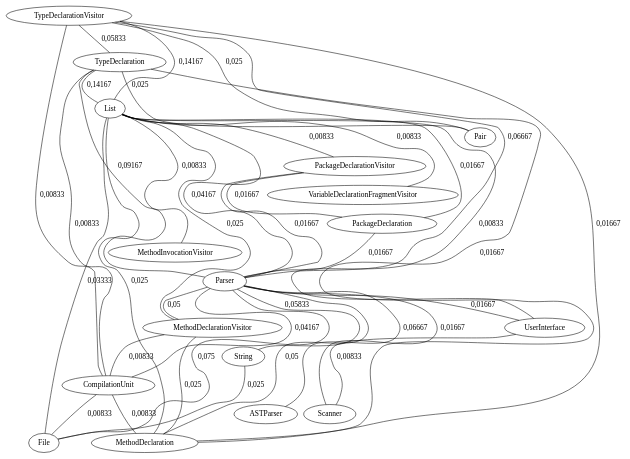
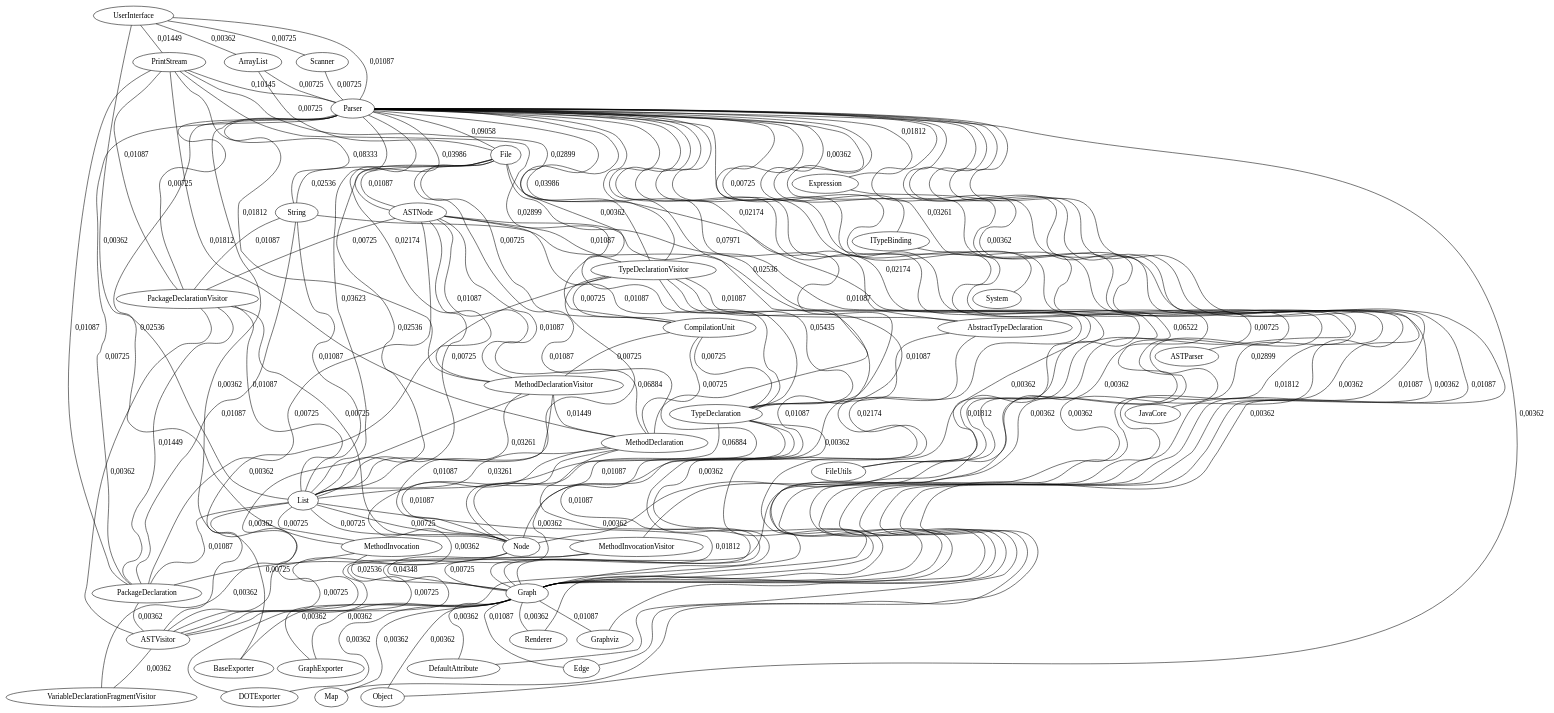
Before and after one commit to gaetanrm/M2: the diagram in HAI913I - Évolution et restructuration des logiciels/TD_TP/tp2/target/couplingGraph.dot, drawn with Graphviz. The commit also changed 17 other files, not shown here.

```diff
--- a/HAI913I - Évolution et restructuration des logiciels/TD_TP/tp2/target/couplingGraph.dot
+++ b/HAI913I - Évolution et restructuration des logiciels/TD_TP/tp2/target/couplingGraph.dot
@@ -1,56 +1,158 @@
 strict graph G {
-  1 [ label="TypeDeclarationVisitor" ];
-  2 [ label="TypeDeclaration" ];
-  3 [ label="List" ];
-  4 [ label="Parser" ];
-  5 [ label="CompilationUnit" ];
-  6 [ label="Pair" ];
-  7 [ label="MethodDeclaration" ];
-  8 [ label="PackageDeclarationVisitor" ];
-  9 [ label="PackageDeclaration" ];
-  10 [ label="MethodDeclarationVisitor" ];
-  11 [ label="UserInterface" ];
-  12 [ label="VariableDeclarationFragmentVisitor" ];
+  1 [ label="UserInterface" ];
+  2 [ label="PrintStream" ];
+  3 [ label="Scanner" ];
+  4 [ label="ArrayList" ];
+  5 [ label="Parser" ];
+  6 [ label="List" ];
+  7 [ label="TypeDeclarationVisitor" ];
+  8 [ label="MethodDeclarationVisitor" ];
+  9 [ label="PackageDeclarationVisitor" ];
+  10 [ label="TypeDeclaration" ];
+  11 [ label="MethodDeclaration" ];
+  12 [ label="PackageDeclaration" ];
   13 [ label="File" ];
-  14 [ label="MethodInvocationVisitor" ];
-  15 [ label="ASTParser" ];
-  16 [ label="Scanner" ];
-  17 [ label="String" ];
-  1 -- 2 [ weight="0.058333333333333334" label="0,05833" ];
-  1 -- 3 [ weight="0.14166666666666666" label="0,14167" ];
-  1 -- 4 [ weight="0.06666666666666667" label="0,06667" ];
-  1 -- 5 [ weight="0.008333333333333333" label="0,00833" ];
-  1 -- 6 [ weight="0.025" label="0,025" ];
-  1 -- 7 [ weight="0.016666666666666666" label="0,01667" ];
-  2 -- 3 [ weight="0.14166666666666666" label="0,14167" ];
-  2 -- 4 [ weight="0.09166666666666666" label="0,09167" ];
-  2 -- 5 [ weight="0.008333333333333333" label="0,00833" ];
-  2 -- 6 [ weight="0.025" label="0,025" ];
-  2 -- 7 [ weight="0.016666666666666666" label="0,01667" ];
-  3 -- 8 [ weight="0.008333333333333333" label="0,00833" ];
-  3 -- 9 [ weight="0.016666666666666666" label="0,01667" ];
-  3 -- 4 [ weight="0.041666666666666664" label="0,04167" ];
-  3 -- 10 [ weight="0.025" label="0,025" ];
-  3 -- 11 [ weight="0.008333333333333333" label="0,00833" ];
-  3 -- 7 [ weight="0.025" label="0,025" ];
-  3 -- 12 [ weight="0.008333333333333333" label="0,00833" ];
-  3 -- 13 [ weight="0.03333333333333333" label="0,03333" ];
-  3 -- 14 [ weight="0.008333333333333333" label="0,00833" ];
-  8 -- 9 [ weight="0.016666666666666666" label="0,01667" ];
-  8 -- 4 [ weight="0.016666666666666666" label="0,01667" ];
-  9 -- 4 [ weight="0.016666666666666666" label="0,01667" ];
-  4 -- 15 [ weight="0.06666666666666667" label="0,06667" ];
-  4 -- 10 [ weight="0.05" label="0,05" ];
-  4 -- 5 [ weight="0.041666666666666664" label="0,04167" ];
-  4 -- 11 [ weight="0.016666666666666666" label="0,01667" ];
-  4 -- 16 [ weight="0.016666666666666666" label="0,01667" ];
-  4 -- 7 [ weight="0.05" label="0,05" ];
-  4 -- 17 [ weight="0.058333333333333334" label="0,05833" ];
-  4 -- 13 [ weight="0.075" label="0,075" ];
-  10 -- 5 [ weight="0.008333333333333333" label="0,00833" ];
-  10 -- 7 [ weight="0.025" label="0,025" ];
-  5 -- 7 [ weight="0.008333333333333333" label="0,00833" ];
-  5 -- 13 [ weight="0.008333333333333333" label="0,00833" ];
-  11 -- 16 [ weight="0.008333333333333333" label="0,00833" ];
-  17 -- 13 [ weight="0.025" label="0,025" ];
+  14 [ label="String" ];
+  15 [ label="System" ];
+  16 [ label="ASTNode" ];
+  17 [ label="FileUtils" ];
+  18 [ label="CompilationUnit" ];
+  19 [ label="AbstractTypeDeclaration" ];
+  20 [ label="MethodInvocationVisitor" ];
+  21 [ label="MethodInvocation" ];
+  22 [ label="Expression" ];
+  23 [ label="ITypeBinding" ];
+  24 [ label="Node" ];
+  25 [ label="Graph" ];
+  26 [ label="Edge" ];
+  27 [ label="BaseExporter" ];
+  28 [ label="Map" ];
+  29 [ label="DefaultAttribute" ];
+  30 [ label="DOTExporter" ];
+  31 [ label="GraphExporter" ];
+  32 [ label="Object" ];
+  33 [ label="Renderer" ];
+  34 [ label="Graphviz" ];
+  35 [ label="ASTParser" ];
+  36 [ label="JavaCore" ];
+  37 [ label="ASTVisitor" ];
+  38 [ label="VariableDeclarationFragmentVisitor" ];
+  1 -- 2 [ weight="0.014492753623188406" label="0,01449" ];
+  1 -- 3 [ weight="0.007246376811594203" label="0,00725" ];
+  1 -- 4 [ weight="0.0036231884057971015" label="0,00362" ];
+  1 -- 5 [ weight="0.010869565217391304" label="0,01087" ];
+  1 -- 6 [ weight="0.0036231884057971015" label="0,00362" ];
+  2 -- 5 [ weight="0.10144927536231885" label="0,10145" ];
+  2 -- 7 [ weight="0.028985507246376812" label="0,02899" ];
+  2 -- 8 [ weight="0.018115942028985508" label="0,01812" ];
+  2 -- 9 [ weight="0.010869565217391304" label="0,01087" ];
+  2 -- 10 [ weight="0.028985507246376812" label="0,02899" ];
+  2 -- 11 [ weight="0.018115942028985508" label="0,01812" ];
+  2 -- 12 [ weight="0.010869565217391304" label="0,01087" ];
+  3 -- 5 [ weight="0.007246376811594203" label="0,00725" ];
+  4 -- 5 [ weight="0.007246376811594203" label="0,00725" ];
+  4 -- 13 [ weight="0.007246376811594203" label="0,00725" ];
+  5 -- 13 [ weight="0.09057971014492754" label="0,09058" ];
+  5 -- 14 [ weight="0.08333333333333333" label="0,08333" ];
+  5 -- 15 [ weight="0.007246376811594203" label="0,00725" ];
+  5 -- 16 [ weight="0.03985507246376811" label="0,03986" ];
+  5 -- 17 [ weight="0.021739130434782608" label="0,02174" ];
+  5 -- 7 [ weight="0.03985507246376811" label="0,03986" ];
+  5 -- 18 [ weight="0.0036231884057971015" label="0,00362" ];
+  5 -- 8 [ weight="0.021739130434782608" label="0,02174" ];
+  5 -- 9 [ weight="0.007246376811594203" label="0,00725" ];
+  5 -- 19 [ weight="0.021739130434782608" label="0,02174" ];
+  5 -- 10 [ weight="0.07971014492753623" label="0,07971" ];
+  5 -- 11 [ weight="0.025362318840579712" label="0,02536" ];
+  5 -- 6 [ weight="0.036231884057971016" label="0,03623" ];
+  5 -- 20 [ weight="0.007246376811594203" label="0,00725" ];
+  5 -- 21 [ weight="0.025362318840579712" label="0,02536" ];
+  5 -- 22 [ weight="0.018115942028985508" label="0,01812" ];
+  5 -- 23 [ weight="0.0036231884057971015" label="0,00362" ];
+  5 -- 24 [ weight="0.06521739130434782" label="0,06522" ];
+  5 -- 25 [ weight="0.028985507246376812" label="0,02899" ];
+  5 -- 26 [ weight="0.010869565217391304" label="0,01087" ];
+  5 -- 27 [ weight="0.0036231884057971015" label="0,00362" ];
+  5 -- 28 [ weight="0.0036231884057971015" label="0,00362" ];
+  5 -- 29 [ weight="0.0036231884057971015" label="0,00362" ];
+  5 -- 30 [ weight="0.0036231884057971015" label="0,00362" ];
+  5 -- 31 [ weight="0.0036231884057971015" label="0,00362" ];
+  5 -- 32 [ weight="0.0036231884057971015" label="0,00362" ];
+  5 -- 33 [ weight="0.0036231884057971015" label="0,00362" ];
+  5 -- 34 [ weight="0.010869565217391304" label="0,01087" ];
+  5 -- 35 [ weight="0.03260869565217391" label="0,03261" ];
+  5 -- 36 [ weight="0.0036231884057971015" label="0,00362" ];
+  5 -- 12 [ weight="0.007246376811594203" label="0,00725" ];
+  13 -- 14 [ weight="0.025362318840579712" label="0,02536" ];
+  13 -- 16 [ weight="0.010869565217391304" label="0,01087" ];
+  13 -- 17 [ weight="0.010869565217391304" label="0,01087" ];
+  13 -- 18 [ weight="0.007246376811594203" label="0,00725" ];
+  13 -- 6 [ weight="0.025362318840579712" label="0,02536" ];
+  13 -- 24 [ weight="0.010869565217391304" label="0,01087" ];
+  13 -- 25 [ weight="0.0036231884057971015" label="0,00362" ];
+  14 -- 9 [ weight="0.010869565217391304" label="0,01087" ];
+  14 -- 6 [ weight="0.010869565217391304" label="0,01087" ];
+  14 -- 25 [ weight="0.021739130434782608" label="0,02174" ];
+  14 -- 12 [ weight="0.010869565217391304" label="0,01087" ];
+  16 -- 7 [ weight="0.010869565217391304" label="0,01087" ];
+  16 -- 8 [ weight="0.010869565217391304" label="0,01087" ];
+  16 -- 9 [ weight="0.007246376811594203" label="0,00725" ];
+  16 -- 10 [ weight="0.010869565217391304" label="0,01087" ];
+  16 -- 11 [ weight="0.010869565217391304" label="0,01087" ];
+  16 -- 6 [ weight="0.007246376811594203" label="0,00725" ];
+  16 -- 25 [ weight="0.018115942028985508" label="0,01812" ];
+  16 -- 12 [ weight="0.007246376811594203" label="0,00725" ];
+  7 -- 18 [ weight="0.007246376811594203" label="0,00725" ];
+  7 -- 19 [ weight="0.010869565217391304" label="0,01087" ];
+  7 -- 10 [ weight="0.05434782608695652" label="0,05435" ];
+  7 -- 6 [ weight="0.06884057971014493" label="0,06884" ];
+  7 -- 24 [ weight="0.010869565217391304" label="0,01087" ];
+  7 -- 25 [ weight="0.0036231884057971015" label="0,00362" ];
+  7 -- 37 [ weight="0.0036231884057971015" label="0,00362" ];
+  18 -- 8 [ weight="0.007246376811594203" label="0,00725" ];
+  18 -- 10 [ weight="0.007246376811594203" label="0,00725" ];
+  18 -- 11 [ weight="0.007246376811594203" label="0,00725" ];
+  8 -- 11 [ weight="0.014492753623188406" label="0,01449" ];
+  8 -- 6 [ weight="0.03260869565217391" label="0,03261" ];
+  8 -- 24 [ weight="0.010869565217391304" label="0,01087" ];
+  8 -- 37 [ weight="0.0036231884057971015" label="0,00362" ];
+  9 -- 6 [ weight="0.010869565217391304" label="0,01087" ];
+  9 -- 24 [ weight="0.007246376811594203" label="0,00725" ];
+  9 -- 12 [ weight="0.014492753623188406" label="0,01449" ];
+  9 -- 37 [ weight="0.0036231884057971015" label="0,00362" ];
+  19 -- 10 [ weight="0.010869565217391304" label="0,01087" ];
+  19 -- 25 [ weight="0.0036231884057971015" label="0,00362" ];
+  10 -- 6 [ weight="0.06884057971014493" label="0,06884" ];
+  10 -- 24 [ weight="0.010869565217391304" label="0,01087" ];
+  10 -- 25 [ weight="0.010869565217391304" label="0,01087" ];
+  10 -- 37 [ weight="0.0036231884057971015" label="0,00362" ];
+  11 -- 6 [ weight="0.03260869565217391" label="0,03261" ];
+  11 -- 24 [ weight="0.010869565217391304" label="0,01087" ];
+  11 -- 25 [ weight="0.0036231884057971015" label="0,00362" ];
+  11 -- 37 [ weight="0.0036231884057971015" label="0,00362" ];
+  6 -- 20 [ weight="0.007246376811594203" label="0,00725" ];
+  6 -- 21 [ weight="0.007246376811594203" label="0,00725" ];
+  6 -- 24 [ weight="0.007246376811594203" label="0,00725" ];
+  6 -- 25 [ weight="0.018115942028985508" label="0,01812" ];
+  6 -- 12 [ weight="0.010869565217391304" label="0,01087" ];
+  6 -- 38 [ weight="0.0036231884057971015" label="0,00362" ];
+  20 -- 25 [ weight="0.007246376811594203" label="0,00725" ];
+  20 -- 37 [ weight="0.007246376811594203" label="0,00725" ];
+  21 -- 25 [ weight="0.025362318840579712" label="0,02536" ];
+  21 -- 37 [ weight="0.007246376811594203" label="0,00725" ];
+  22 -- 25 [ weight="0.018115942028985508" label="0,01812" ];
+  23 -- 25 [ weight="0.0036231884057971015" label="0,00362" ];
+  24 -- 25 [ weight="0.043478260869565216" label="0,04348" ];
+  24 -- 12 [ weight="0.007246376811594203" label="0,00725" ];
+  25 -- 26 [ weight="0.010869565217391304" label="0,01087" ];
+  25 -- 27 [ weight="0.0036231884057971015" label="0,00362" ];
+  25 -- 28 [ weight="0.0036231884057971015" label="0,00362" ];
+  25 -- 29 [ weight="0.0036231884057971015" label="0,00362" ];
+  25 -- 30 [ weight="0.0036231884057971015" label="0,00362" ];
+  25 -- 31 [ weight="0.0036231884057971015" label="0,00362" ];
+  25 -- 32 [ weight="0.0036231884057971015" label="0,00362" ];
+  25 -- 33 [ weight="0.0036231884057971015" label="0,00362" ];
+  25 -- 34 [ weight="0.010869565217391304" label="0,01087" ];
+  12 -- 37 [ weight="0.0036231884057971015" label="0,00362" ];
+  37 -- 38 [ weight="0.0036231884057971015" label="0,00362" ];
 }
```
